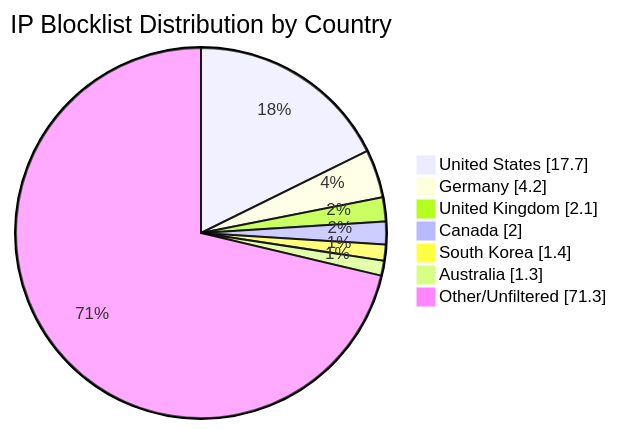
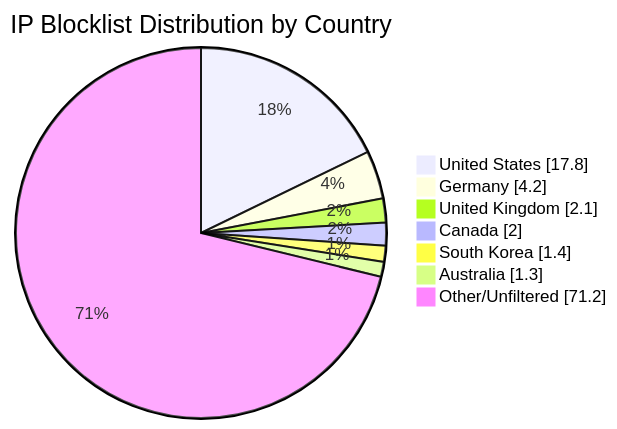
One commit to MarcusHoltz/ipblocklist-geofiltered-aggregator changed the diagram in README.md. Above: the diagram before and after it, drawn with Mermaid. The commit also changed other lines of this file and 9 other files, not shown here.

````diff
--- a/README.md
+++ b/README.md
@@ -34,10 +34,10 @@
 ```mermaid
 pie showData title IP Blocklist Distribution by Country
-"United States" : 17.7
+"United States" : 17.8
 "Germany" : 4.2
 "United Kingdom" : 2.1
 "Canada" : 2.0
 "South Korea" : 1.4
 "Australia" : 1.3
-"Other/Unfiltered" : 71.3
+"Other/Unfiltered" : 71.2
 ```
````
